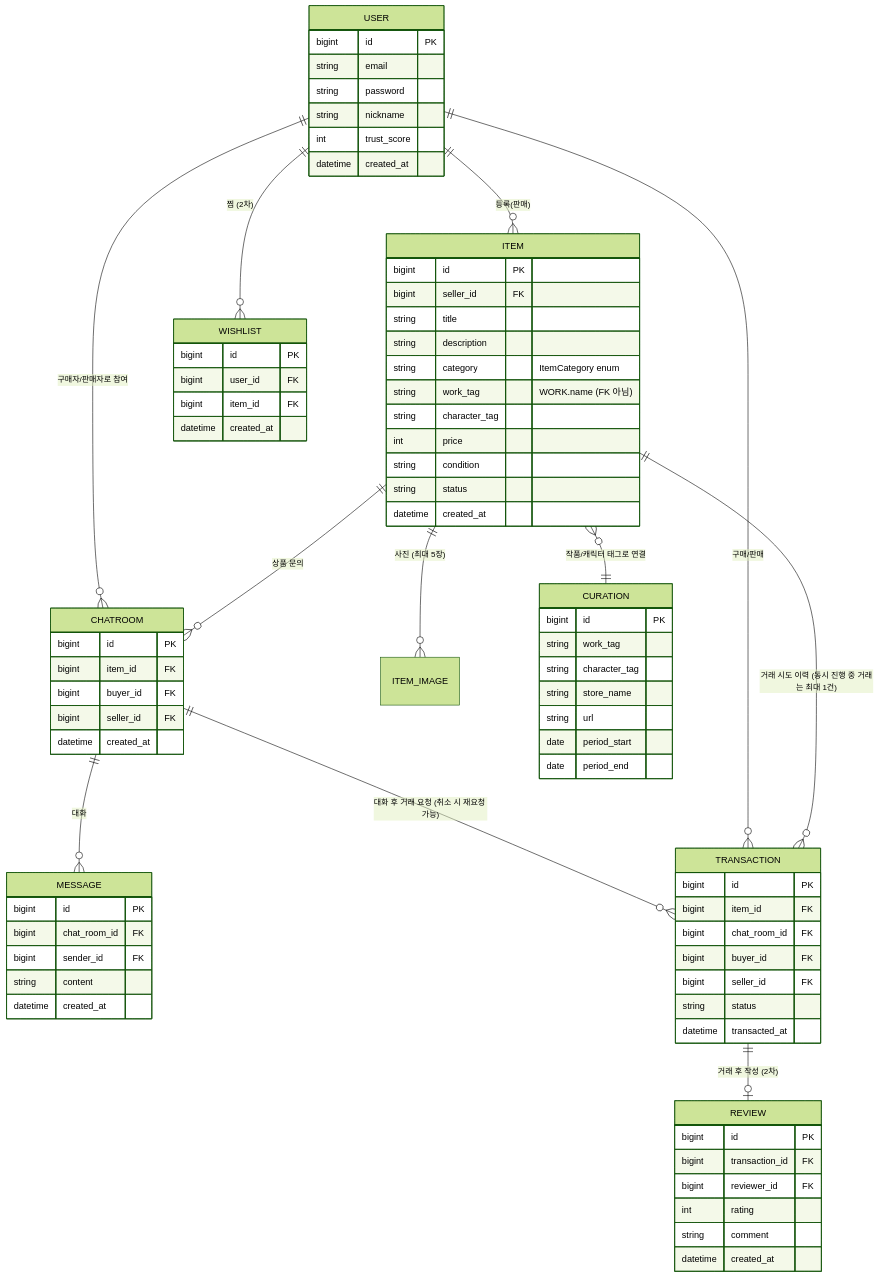
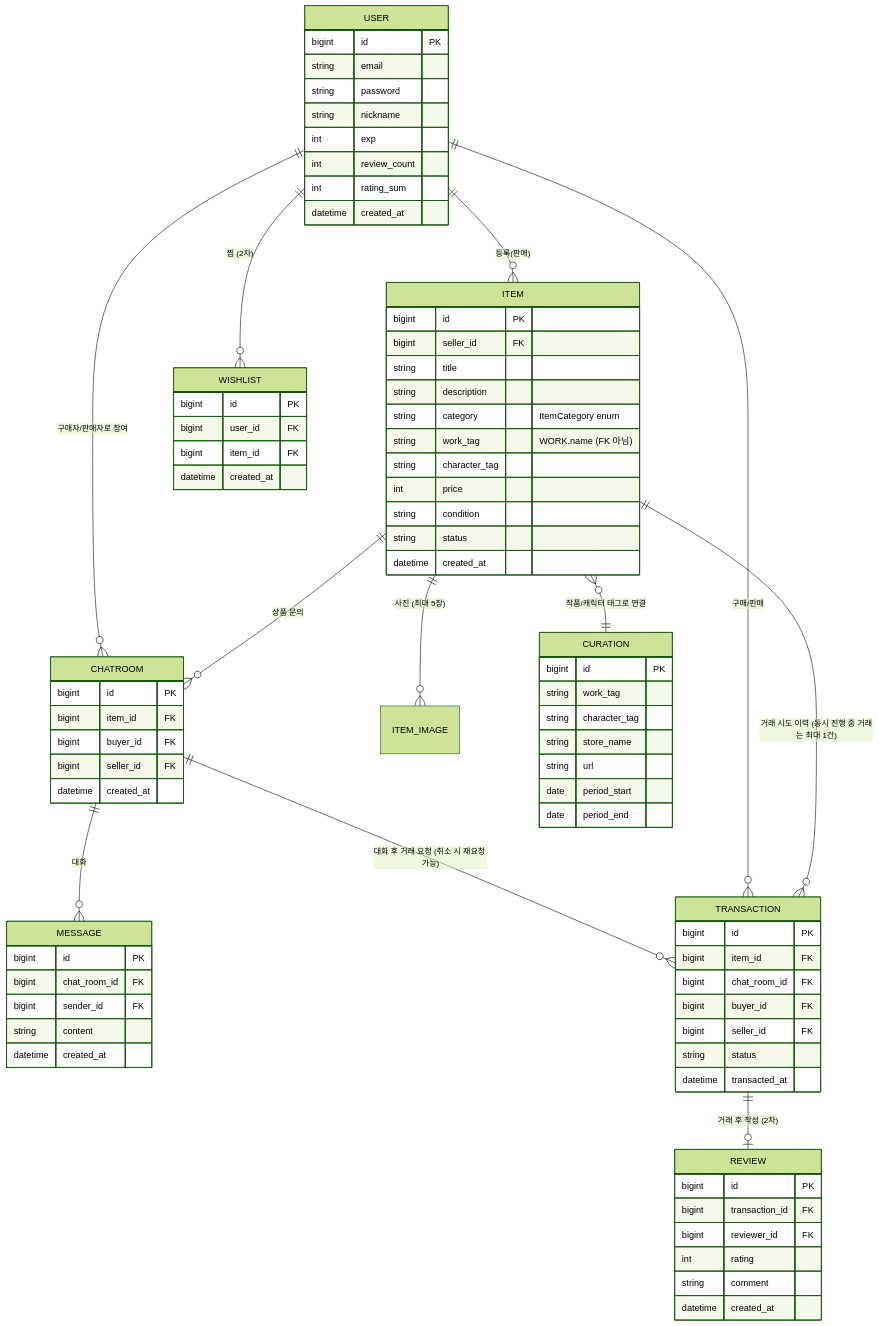
One commit to oshi-market/oshi-market changed the second of 3 diagrams in 3_아키텍처및서비스흐름.md. Above: the diagram before and after it, drawn with Mermaid (forest theme). The commit also changed other lines of this file and 39 other files, not shown here.

```diff
--- a/3_아키텍처및서비스흐름.md
+++ b/3_아키텍처및서비스흐름.md
@@ -69,7 +69,9 @@
         string email
         string password
         string nickname
-        int trust_score
+        int exp
+        int review_count
+        int rating_sum
         datetime created_at
     }
     ITEM {
```
